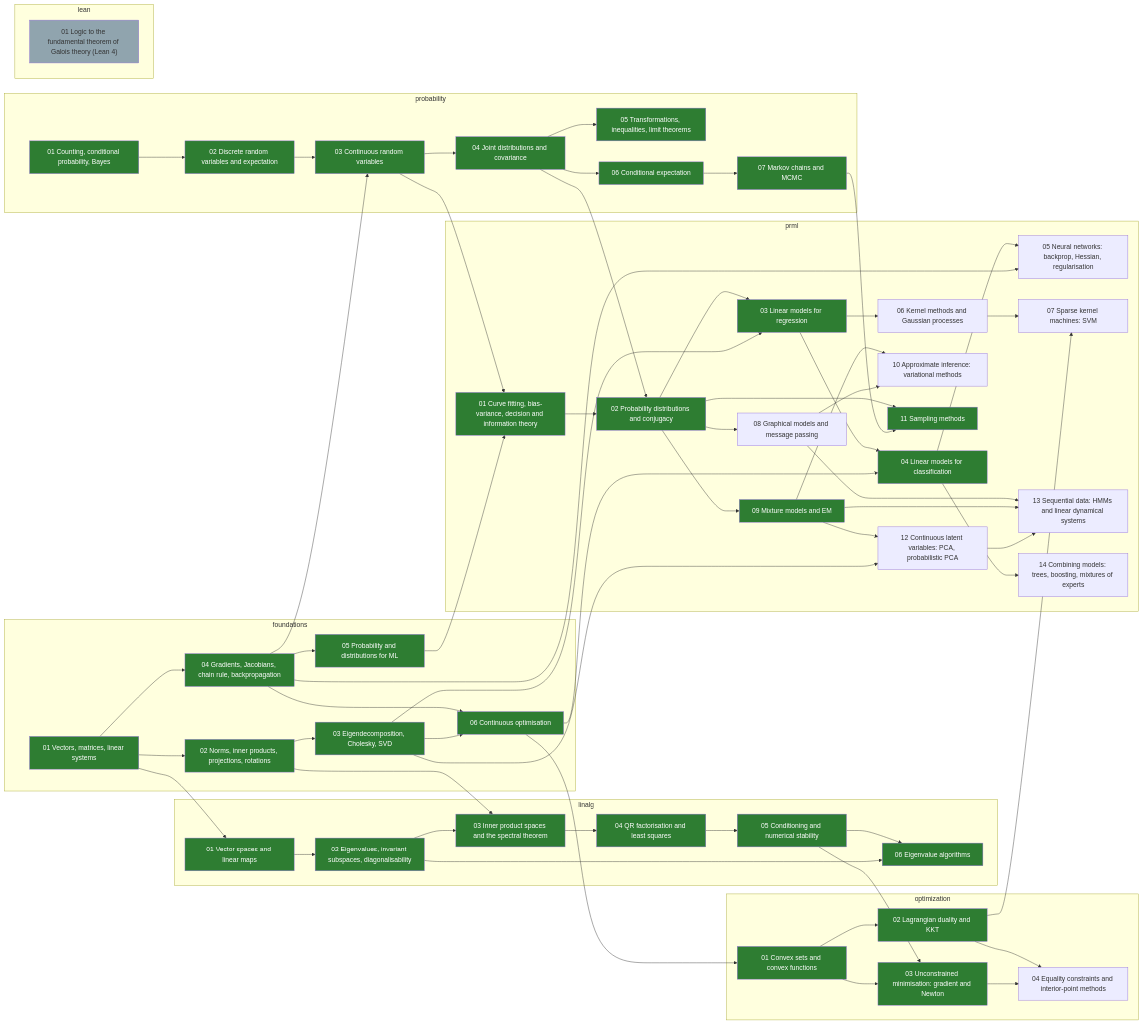
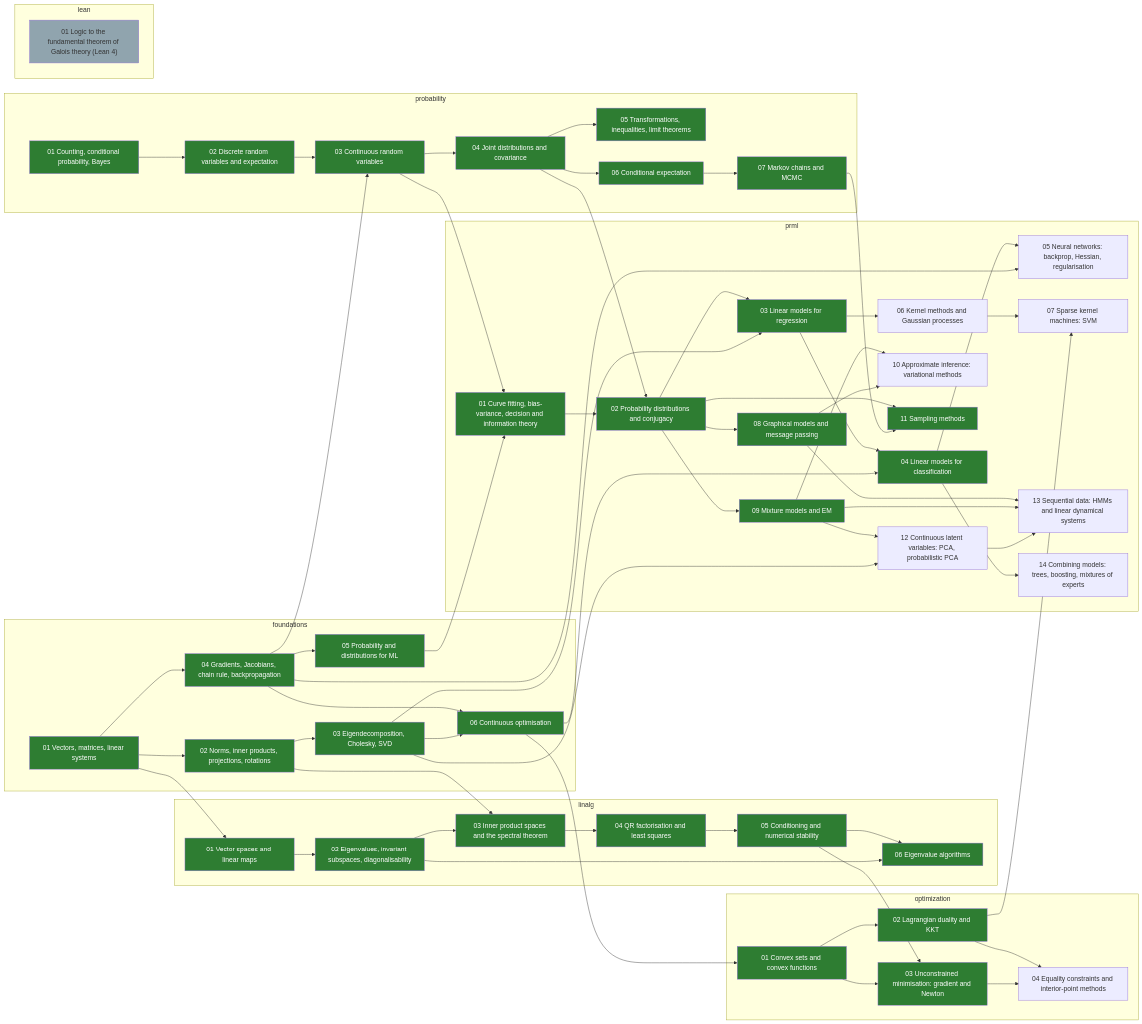
One commit to alektebel/learn-stuff-from-scratch changed the diagram in skill-tree/README.md. Above: the diagram before and after it, drawn with Mermaid. The commit also changed other lines of this file and 8 other files, not shown here.

First line of the commit message:
math: build prml-08-graphical-models

```diff
--- a/skill-tree/README.md
+++ b/skill-tree/README.md
@@ -108,7 +108,7 @@
     prml-05-neural-networks["05 Neural networks: backprop, Hessian, regularisation"]
     prml-06-kernels-gps["06 Kernel methods and Gaussian processes"]
     prml-07-svm["07 Sparse kernel machines: SVM"]
-    prml-08-graphical-models["08 Graphical models and message passing"]
+    prml-08-graphical-models["08 Graphical models and message passing"]:::done
     prml-09-mixtures-em["09 Mixture models and EM"]:::done
     prml-10-variational-inference["10 Approximate inference: variational methods"]
     prml-11-sampling["11 Sampling methods"]:::done
```
